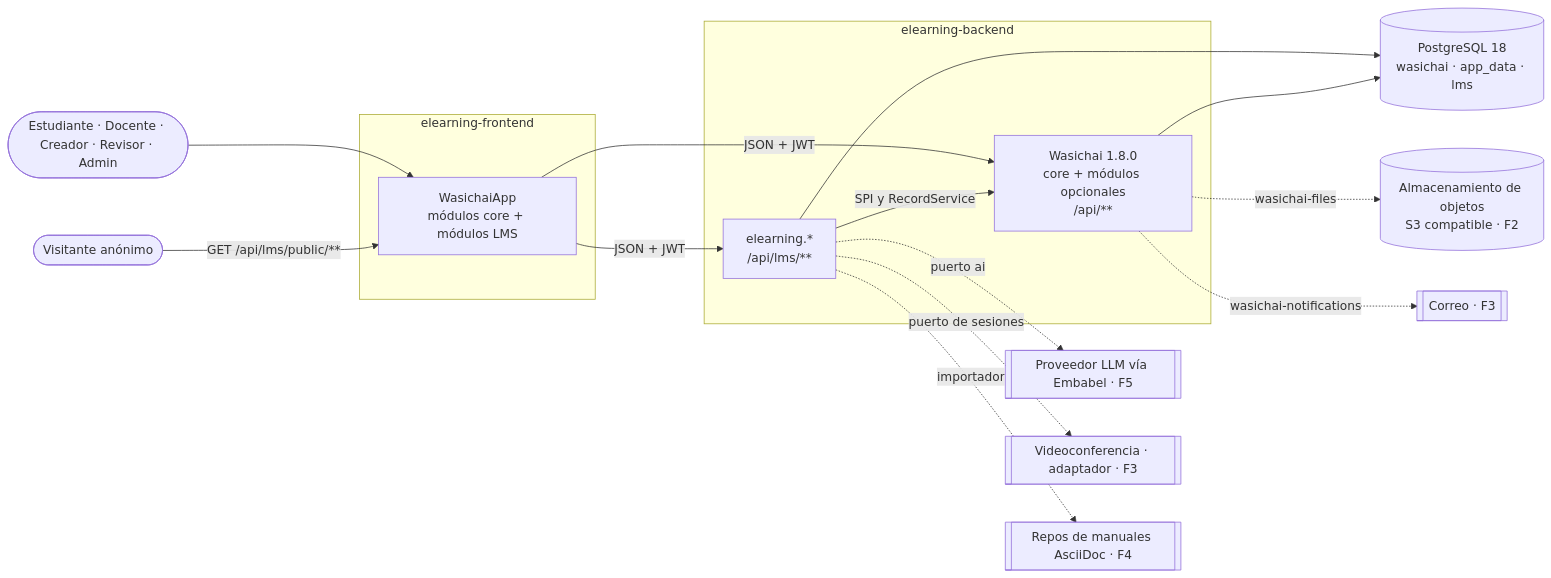
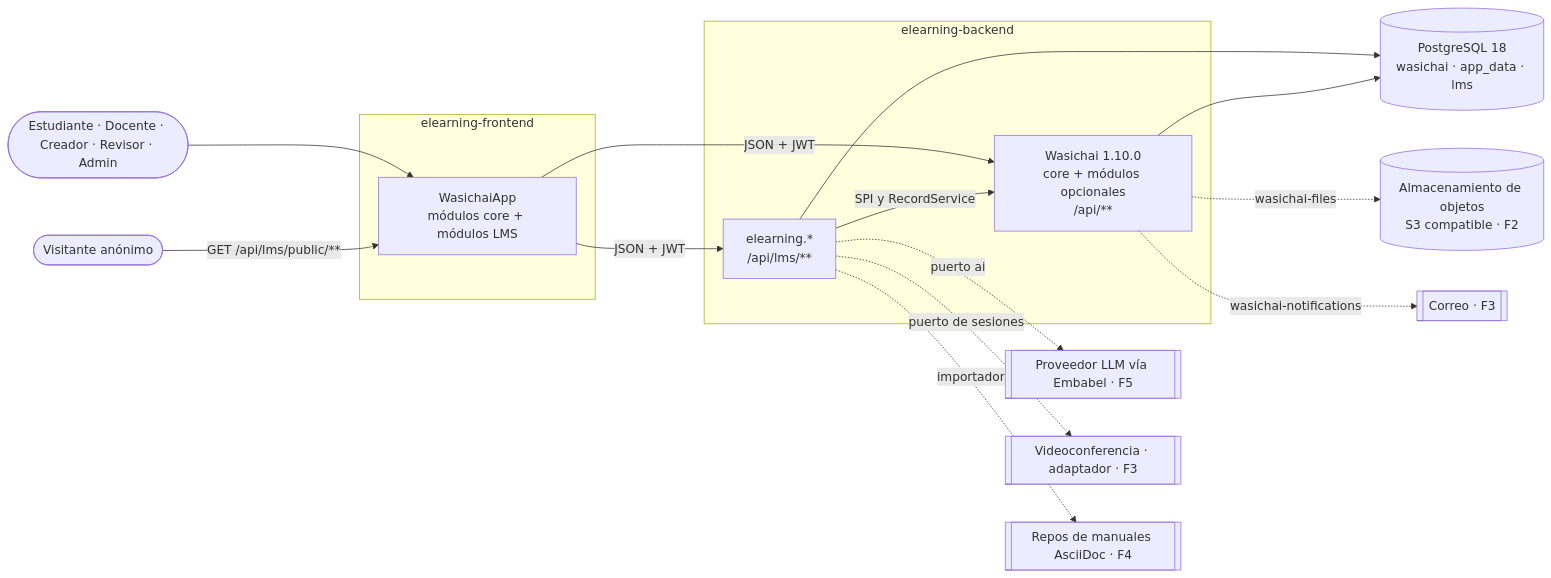
Before and after one commit to wasichai/elearning-backend: the first of 3 diagrams in docs/architecture/overview.md, drawn with Mermaid. The commit also changed other lines of this file and 19 other files, not shown here.

````diff
--- a/docs/architecture/overview.md
+++ b/docs/architecture/overview.md
@@ -26,31 +26,31 @@
 ```mermaid
 flowchart LR
     visitante([Visitante anónimo])
     usuario([Estudiante · Docente · Creador · Revisor · Admin])
     subgraph fe[elearning-frontend]
         app["WasichaiApp<br/>módulos core + módulos LMS"]
     end
     subgraph be[elearning-backend]
         lms["elearning.*<br/>/api/lms/**"]
-        wcore["Wasichai 1.8.0<br/>core + módulos opcionales<br/>/api/**"]
+        wcore["Wasichai 1.10.0<br/>core + módulos opcionales<br/>/api/**"]
         lms -- SPI y RecordService --> wcore
     end
     pg[("PostgreSQL 18<br/>wasichai · app_data · lms")]
     s3[("Almacenamiento de objetos<br/>S3 compatible · F2")]
     smtp[[Correo · F3]]
     llm[[Proveedor LLM vía Embabel · F5]]
     vc[[Videoconferencia · adaptador · F3]]
     fuentes[[Repos de manuales AsciiDoc · F4]]
 
     visitante -->|GET /api/lms/public/**| app
     usuario --> app
     app -->|JSON + JWT| lms
     app -->|JSON + JWT| wcore
     wcore --> pg
     lms --> pg
     wcore -. wasichai-files .-> s3
     wcore -. wasichai-notifications .-> smtp
     lms -. puerto ai .-> llm
     lms -. puerto de sesiones .-> vc
     lms -. importador .-> fuentes
 ```
````
